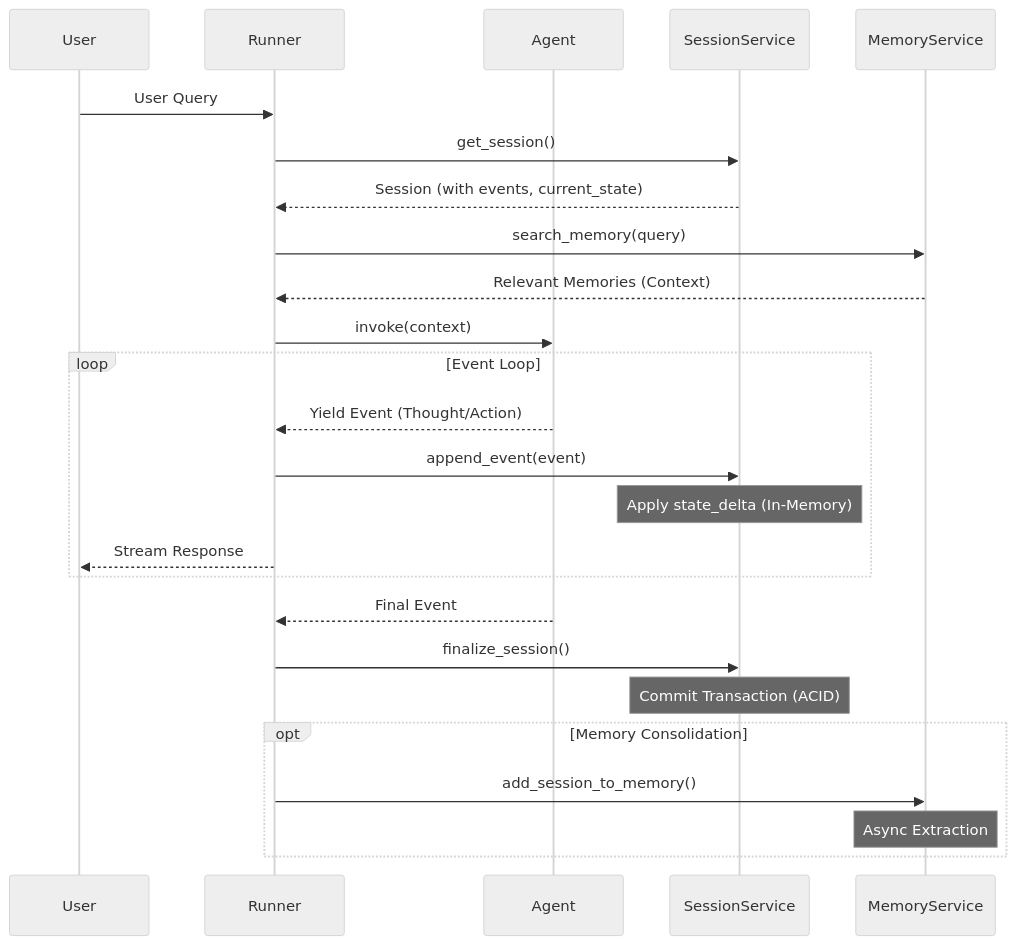
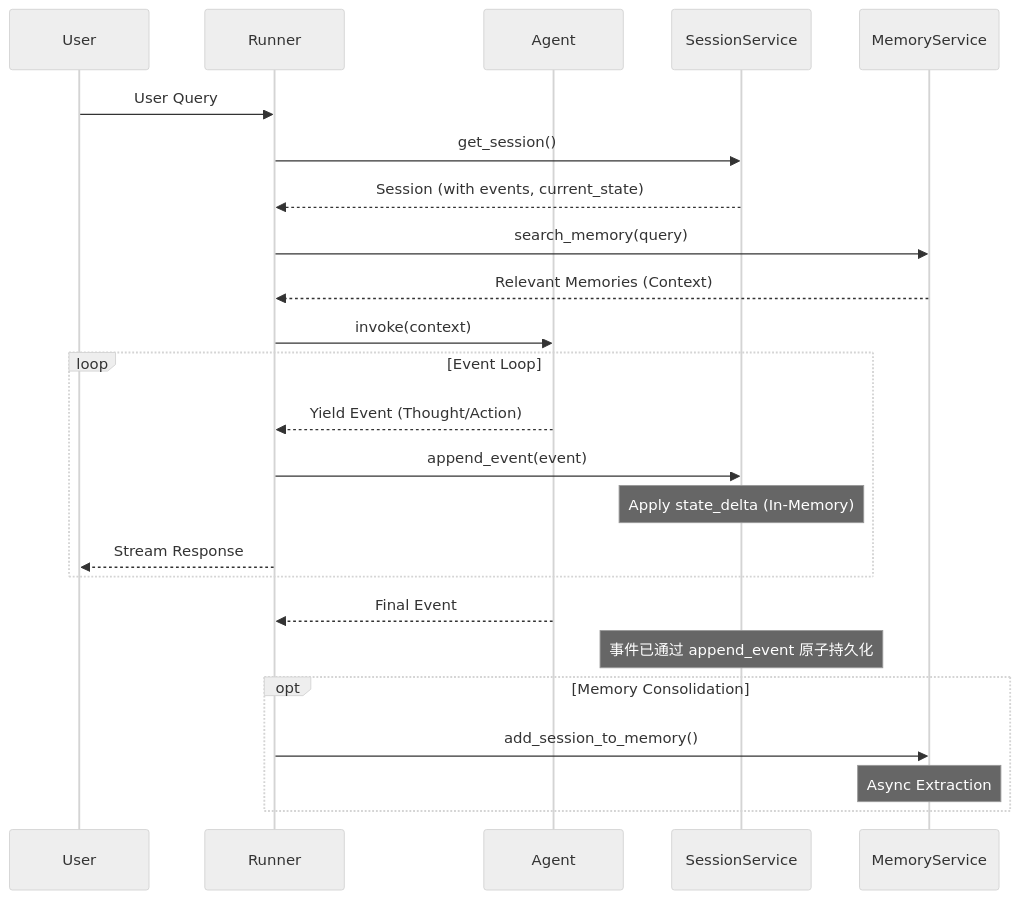
Before and after one commit to ThreeFish-AI/negentropy: the second of 3 diagrams in docs/research/020a-agent-engine-fundamentals.md, drawn with Mermaid (neutral theme). The commit also changed other lines of this file and 8 other files, not shown here.

````diff
--- a/docs/research/020a-agent-engine-fundamentals.md
+++ b/docs/research/020a-agent-engine-fundamentals.md
@@ -67,31 +64,30 @@
 ```mermaid
 sequenceDiagram
     participant User
     participant Runner
     participant Agent
     participant SS as SessionService
     participant MS as MemoryService
 
     User->>Runner: User Query
     Runner->>SS: get_session()
     SS-->>Runner: Session (with events, current_state)
     Runner->>MS: search_memory(query)
     MS-->>Runner: Relevant Memories (Context)
 
     Runner->>Agent: invoke(context)
     loop Event Loop
         Agent-->>Runner: Yield Event (Thought/Action)
         Runner->>SS: append_event(event)
         Note over SS: Apply state_delta (In-Memory)
         Runner-->>User: Stream Response
     end
 
     Agent-->>Runner: Final Event
-    Runner->>SS: finalize_session()
-    Note over SS: Commit Transaction (ACID)
+    Note over SS: 事件已通过 append_event 原子持久化
 
     opt Memory Consolidation
         Runner->>MS: add_session_to_memory()
         Note over MS: Async Extraction
     end
 ```
````
